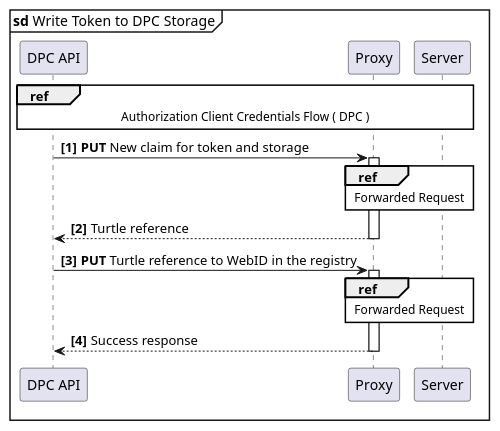
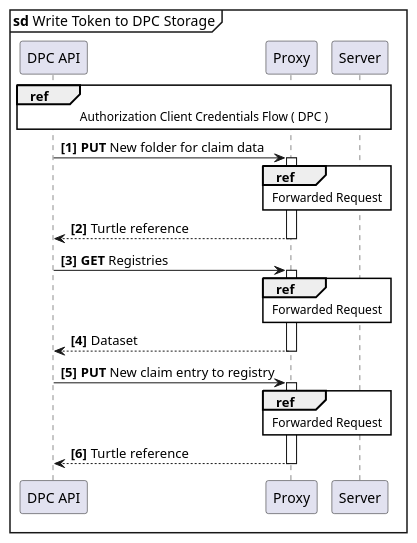
Before and after one commit to guddii/SEACT: the diagram in docs/resources/diagrams/sd_Write_token_to_dpc_storage.puml, drawn with PlantUML. The commit also changed 58 other files, not shown here.

```diff
--- a/docs/resources/diagrams/sd_Write_token_to_dpc_storage.puml
+++ b/docs/resources/diagrams/sd_Write_token_to_dpc_storage.puml
@@ -1,21 +1,24 @@
 @startuml
 'https://plantuml.com/sequence-diagram
 
 skinparam sequenceReferenceBackgroundColor white
 
 mainframe **sd** Write Token to DPC Storage
 autonumber 1 1 "<b>[0]"
 
 participant "DPC API" as DPC_API
 participant "Proxy" as Proxy
 participant "Server" as Server
 
 
 ref over DPC_API,Proxy,Server           : Authorization Client Credentials Flow ( DPC )
-DPC_API     ->  Proxy               ++  : **PUT** New claim for token and storage
+DPC_API     ->  Proxy               ++  : **PUT** New folder for claim data
 ref over Proxy, Server                  : Forwarded Request
 DPC_API     <-- Proxy               --  : Turtle reference
-DPC_API     ->  Proxy               ++  : **PUT** Turtle reference to WebID in the registry
+DPC_API     ->  Proxy               ++  : **GET** Registries
 ref over Proxy, Server                  : Forwarded Request
-DPC_API     <-- Proxy               --  : Success response
+DPC_API     <-- Proxy               --  : Dataset
+DPC_API     ->  Proxy               ++  : **PUT** New claim entry to registry
+ref over Proxy, Server                  : Forwarded Request
+DPC_API     <-- Proxy               --  : Turtle reference
 @enduml
```
